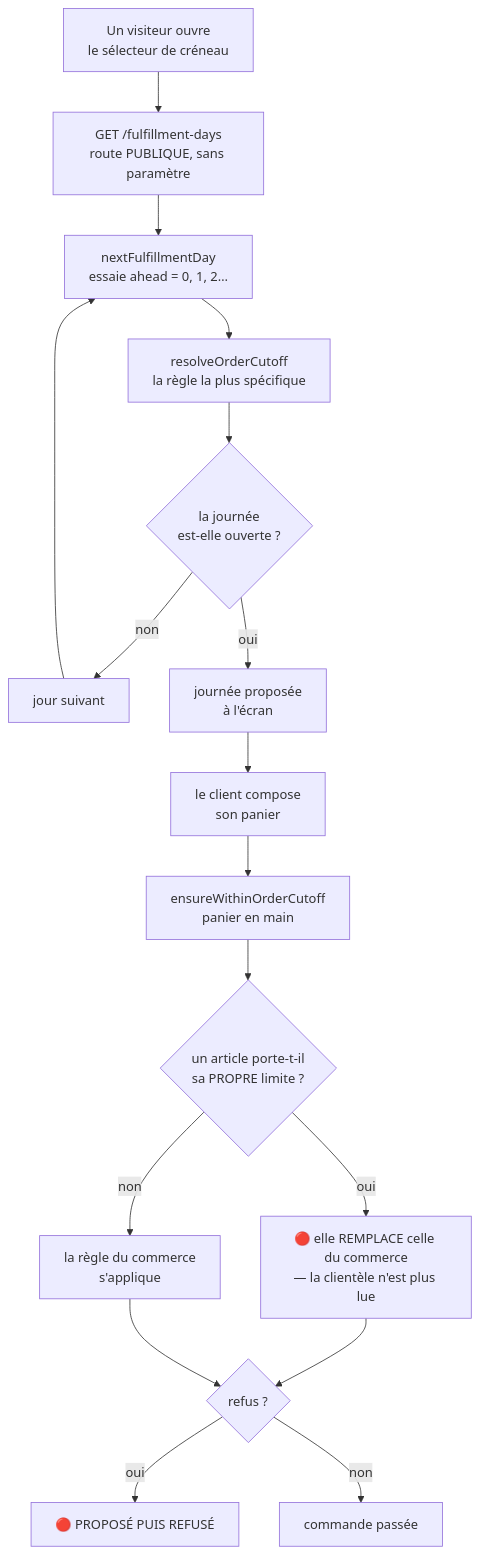
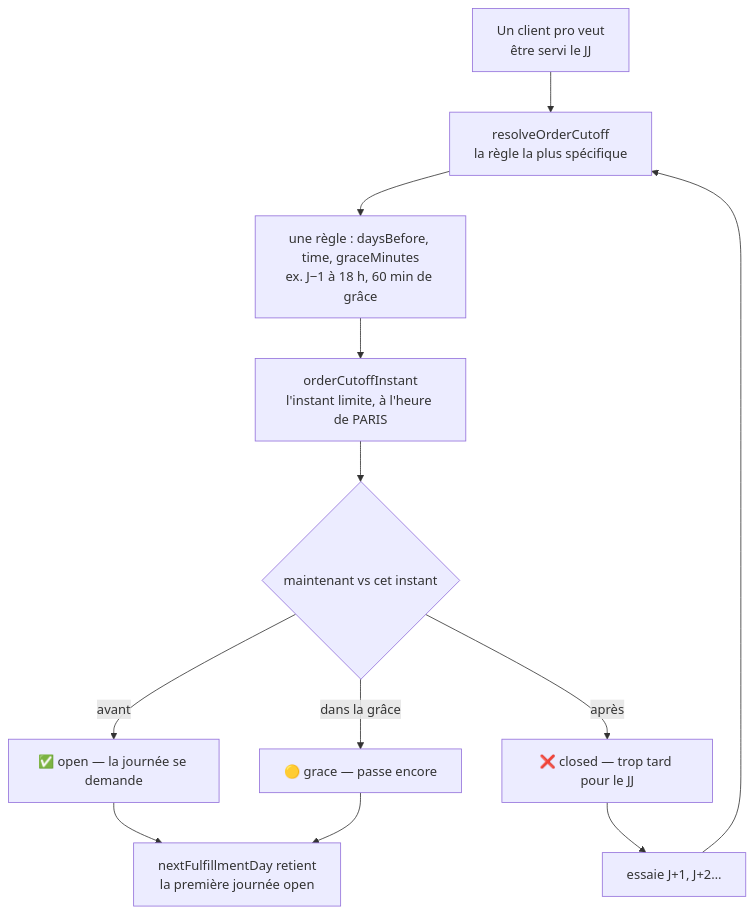
One commit to hugoheynard/lfd changed the first of 3 diagrams in documentation/b2b/plan-heure-limite-par-clientele.md. Above: the diagram before and after it, drawn with Mermaid. The commit also changed other lines of this file and 1 other file, not shown here.

First line of the commit message:
docs(b2b): la limite du B2C — pas de limite à J+N, le stock à J

````diff
--- a/documentation/b2b/plan-heure-limite-par-clientele.md
+++ b/documentation/b2b/plan-heure-limite-par-clientele.md
@@ -70,19 +56,14 @@
 ```mermaid
 flowchart TD
-    V["Un visiteur ouvre<br/>le sélecteur de créneau"] --> FD["GET /fulfillment-days<br/>route PUBLIQUE, sans paramètre"]
-    FD --> NFD["nextFulfillmentDay<br/>essaie ahead = 0, 1, 2…"]
-    NFD --> RES["resolveOrderCutoff<br/>la règle la plus spécifique"]
-    RES --> OPEN{"la journée<br/>est-elle ouverte ?"}
-    OPEN -->|non| NEXT["jour suivant"] --> NFD
-    OPEN -->|oui| ECRAN["journée proposée<br/>à l'écran"]
+    C["Un client pro veut<br/>être servi le JJ"] --> R["resolveOrderCutoff<br/>la règle la plus spécifique"]
+    R --> RULE["une règle : daysBefore, time, graceMinutes<br/>ex. J−1 à 18 h, 60 min de grâce"]
+    RULE --> INST["orderCutoffInstant<br/>l'instant limite, à l'heure de PARIS"]
+    INST --> Q{"maintenant vs cet instant"}
+    Q -->|avant| OPEN["✅ open — la journée se demande"]
+    Q -->|dans la grâce| GRACE["🟡 grace — passe encore"]
+    Q -->|après| CLOSED["❌ closed — trop tard pour le JJ"]
 
-    ECRAN --> PANIER["le client compose<br/>son panier"]
-    PANIER --> GARDE["ensureWithinOrderCutoff<br/>panier en main"]
-    GARDE --> ART{"un article porte-t-il<br/>sa PROPRE limite ?"}
-    ART -->|oui| REMPLACE["🔴 elle REMPLACE celle du commerce<br/>— la clientèle n'est plus lue"]
-    ART -->|non| COMMERCE["la règle du commerce<br/>s'applique"]
-    REMPLACE --> VERDICT{"refus ?"}
-    COMMERCE --> VERDICT
-    VERDICT -->|oui| PIEGE["🔴 PROPOSÉ PUIS REFUSÉ"]
-    VERDICT -->|non| OK["commande passée"]
+    OPEN --> ECRAN["nextFulfillmentDay retient<br/>la première journée open"]
+    GRACE --> ECRAN
+    CLOSED --> SUIV["essaie J+1, J+2…"] --> R
 ```
````
